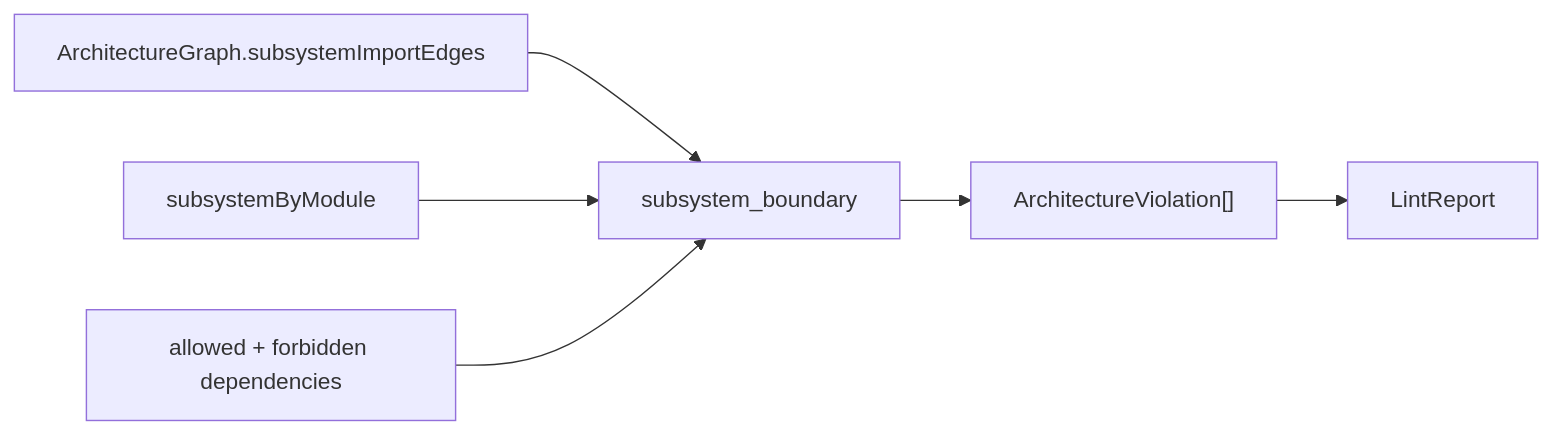
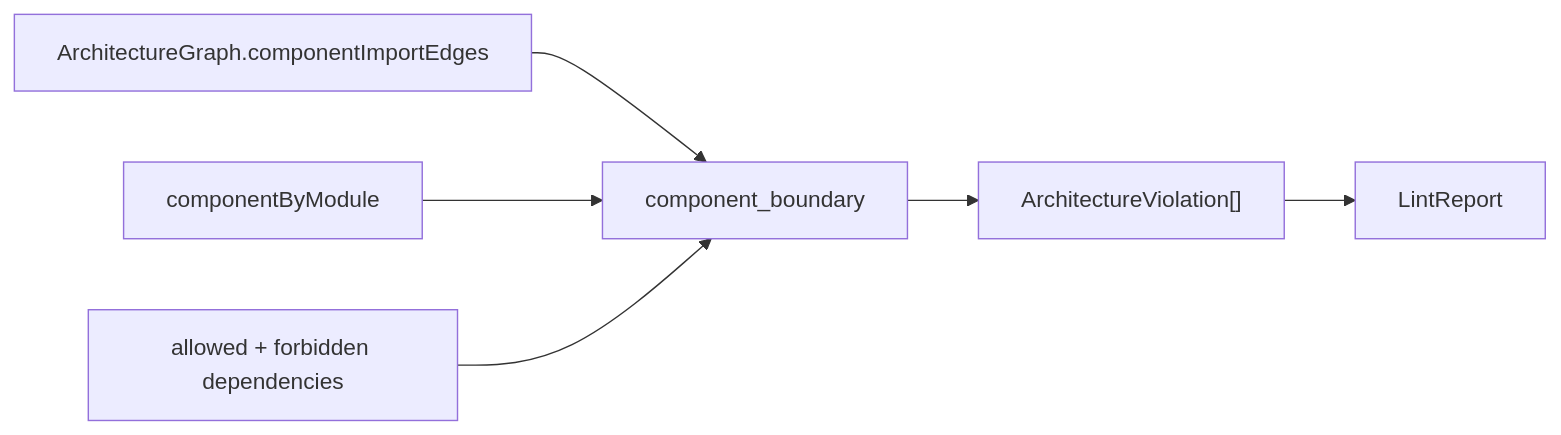
The third of 9 diagrams in docs/ARCHITECTURE_SNAPSHOT.md (RoyalPineapple/BumperBowling), drawn with Mermaid before and after one commit. The commit also changed other lines of this file and 41 other files, not shown here.

````diff
--- a/docs/ARCHITECTURE_SNAPSHOT.md
+++ b/docs/ARCHITECTURE_SNAPSHOT.md
@@ -47,8 +47,8 @@
 ```mermaid
 flowchart LR
-    Imports["ArchitectureGraph.subsystemImportEdges"] --> SubsystemBoundary["subsystem_boundary"]
-    Modules["subsystemByModule"] --> SubsystemBoundary
-    Dependencies["allowed + forbidden dependencies"] --> SubsystemBoundary
-    SubsystemBoundary --> Findings["ArchitectureViolation[]"]
+    Imports["ArchitectureGraph.componentImportEdges"] --> ComponentBoundary["component_boundary"]
+    Modules["componentByModule"] --> ComponentBoundary
+    Dependencies["allowed + forbidden dependencies"] --> ComponentBoundary
+    ComponentBoundary --> Findings["ArchitectureViolation[]"]
     Findings --> Report["LintReport"]
 ```
````
